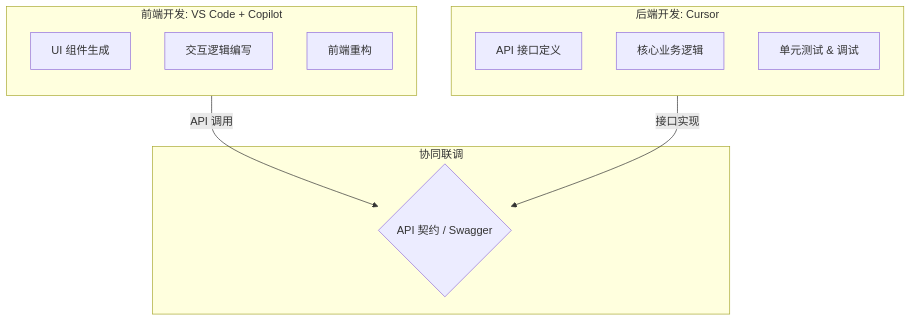
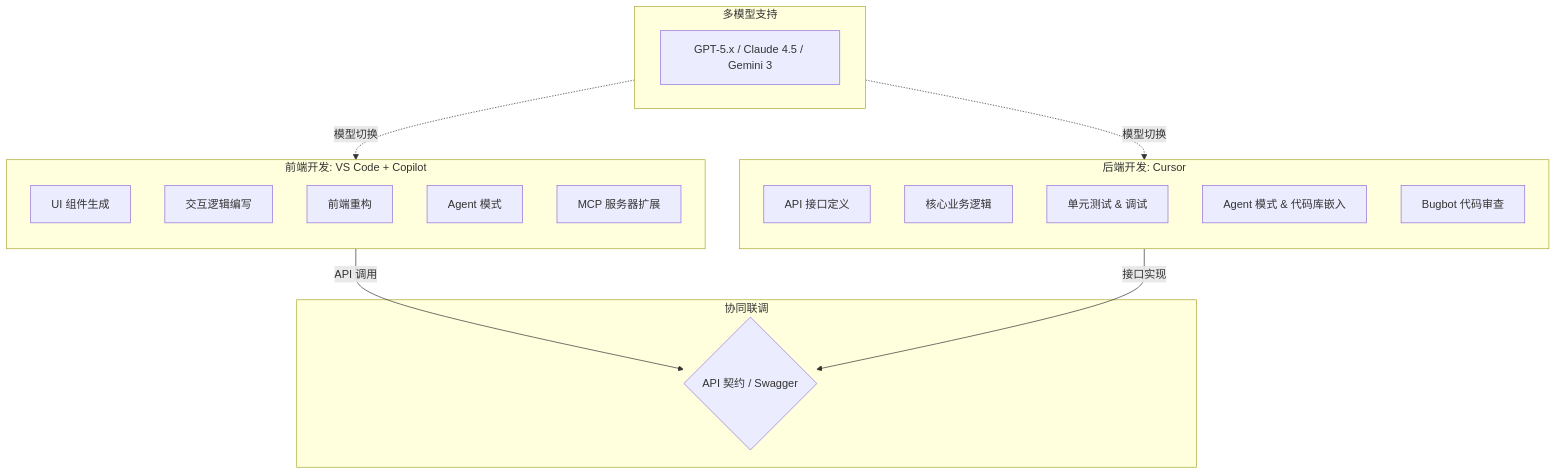
One commit to hanwei808/ai-product-production-guide changed the diagram in vscode-copilot-cursor-guide.md. Above: the diagram before and after it, drawn with Mermaid. The commit also changed other lines of this file and 7 other files, not shown here.

````diff
--- a/vscode-copilot-cursor-guide.md
+++ b/vscode-copilot-cursor-guide.md
@@ -3,23 +8,33 @@
 ```mermaid
 graph TD
     subgraph Frontend_Zone [前端开发: VS Code + Copilot]
         direction TB
         F1[UI 组件生成]
         F2[交互逻辑编写]
         F3[前端重构]
+        F4[Agent 模式]
+        F5[MCP 服务器扩展]
     end
 
     subgraph Backend_Zone [后端开发: Cursor]
         direction TB
         B1[API 接口定义]
         B2[核心业务逻辑]
         B3[单元测试 & 调试]
+        B4[Agent 模式 & 代码库嵌入]
+        B5[Bugbot 代码审查]
+    end
+
+    subgraph Models [多模型支持]
+        M1[GPT-5.x / Claude 4.5 / Gemini 3]
     end
 
     subgraph Integration [协同联调]
         API{API 契约 / Swagger}
     end
 
     Frontend_Zone -->|API 调用| API
     Backend_Zone -->|接口实现| API
+    Models -.->|模型切换| Frontend_Zone
+    Models -.->|模型切换| Backend_Zone
 ```
````
